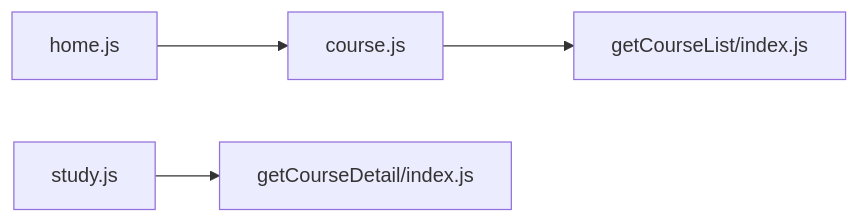
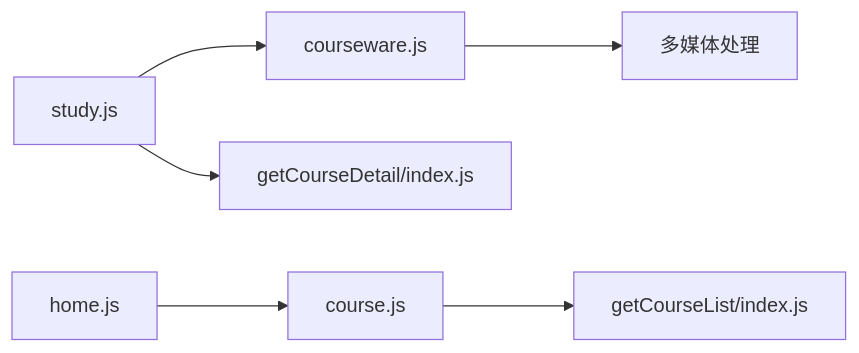
Before and after one commit to cwb7756/bio: the fourth of 4 diagrams in .qoder/repowiki/zh/content/核心功能模块/课程学习系统/课程学习系统.md, drawn with Mermaid. The commit also changed other lines of this file and 45 other files, not shown here.

````diff
--- a/.qoder/repowiki/zh/content/核心功能模块/课程学习系统/课程学习系统.md
+++ b/.qoder/repowiki/zh/content/核心功能模块/课程学习系统/课程学习系统.md
@@ -298,6 +343,8 @@
 ```mermaid
 graph LR
 COURSE["course.js"] --> GETLIST["getCourseList/index.js"]
 STUDY["study.js"] --> GETDETAIL["getCourseDetail/index.js"]
+STUDY --> COURSEWARE["courseware.js"]
+COURSEWARE --> MULTIMEDIA["多媒体处理"]
 HOME["home.js"] --> COURSE
 ```
````
